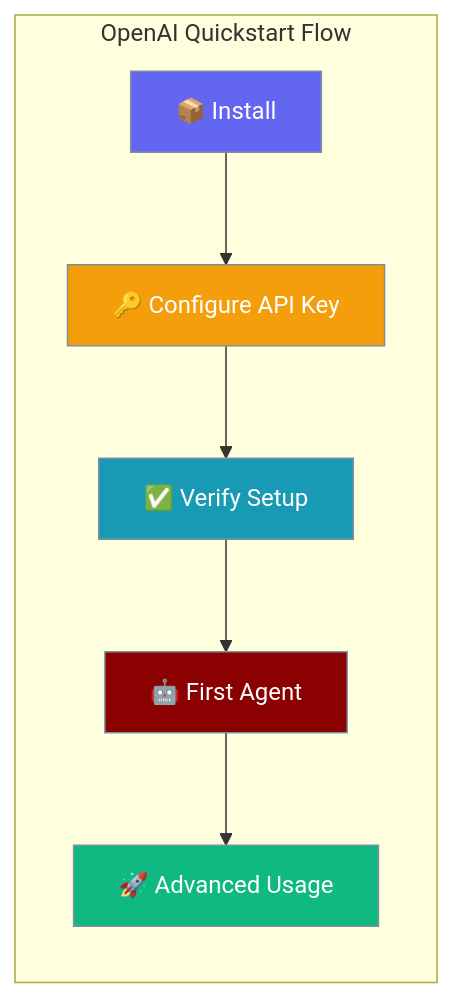
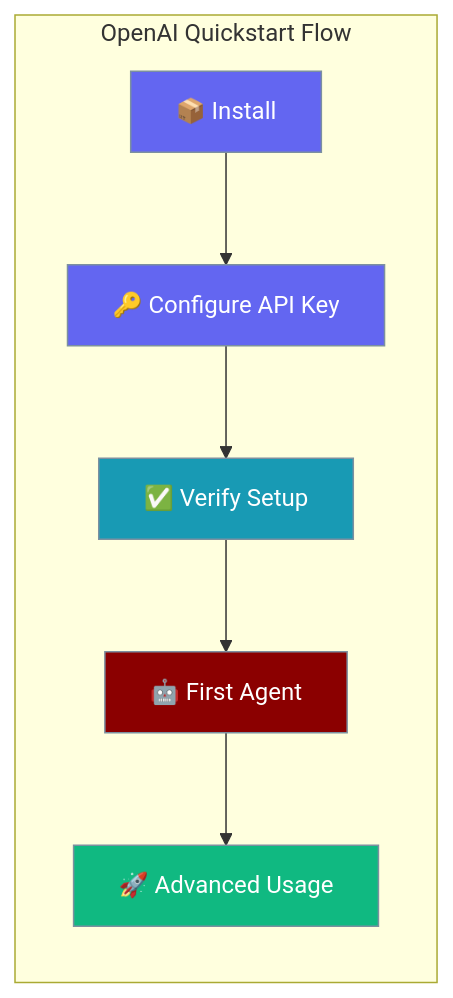
The first of 2 diagrams in docs/features/openai-quickstart.mdx (MervinPraison/PraisonAIDocs), drawn with Mermaid before and after one commit. The commit also changed other lines of this file and 4 other files, not shown here.

````diff
--- a/docs/features/openai-quickstart.mdx
+++ b/docs/features/openai-quickstart.mdx
@@ -10,21 +10,19 @@
 ```mermaid
 graph LR
     subgraph "OpenAI Quickstart Flow"
         Install[📦 Install] --> Configure[🔑 Configure API Key]
         Configure --> Verify[✅ Verify Setup]
         Verify --> Agent[🤖 First Agent]
         Agent --> Advanced[🚀 Advanced Usage]
     end
     
-    classDef install fill:#6366F1,stroke:#7C90A0,color:#fff
-    classDef config fill:#F59E0B,stroke:#7C90A0,color:#fff
-    classDef verify fill:#189AB4,stroke:#7C90A0,color:#fff
     classDef agent fill:#8B0000,stroke:#7C90A0,color:#fff
-    classDef advanced fill:#10B981,stroke:#7C90A0,color:#fff
+    classDef process fill:#189AB4,stroke:#7C90A0,color:#fff
+    classDef config fill:#6366F1,stroke:#7C90A0,color:#fff
+    classDef output fill:#10B981,stroke:#7C90A0,color:#fff
     
-    class Install install
-    class Configure config
-    class Verify verify
+    class Install,Configure config
+    class Verify process
     class Agent agent
-    class Advanced advanced
+    class Advanced output
 ```
````
